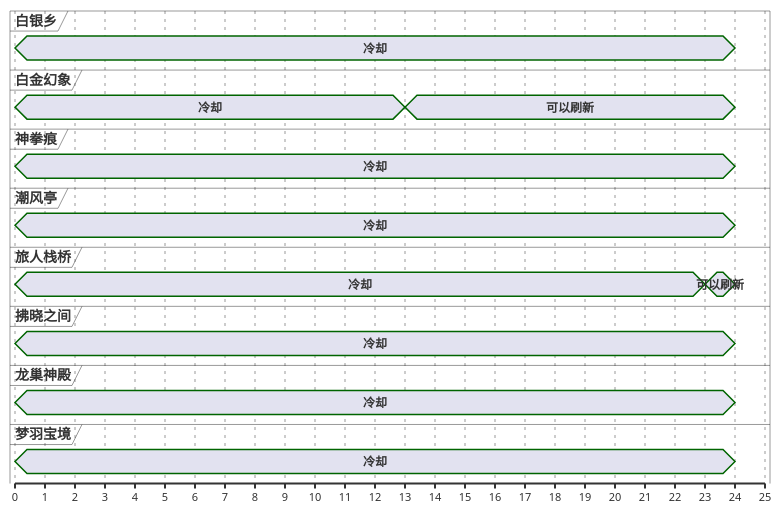
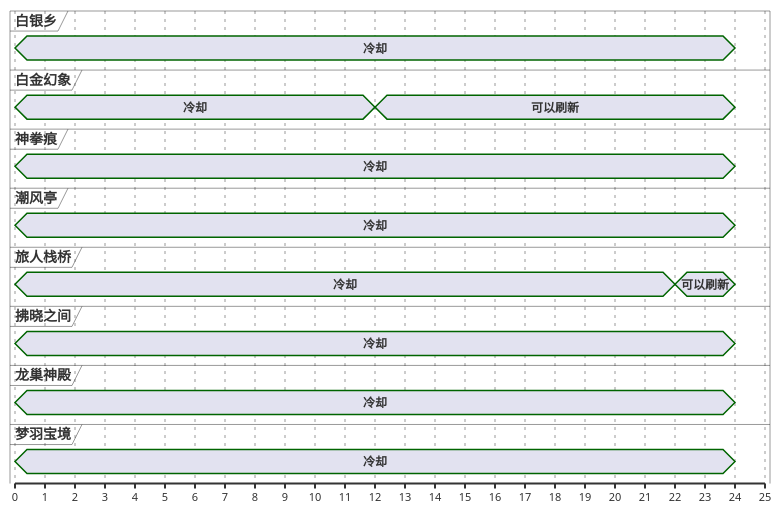
One commit to Eroleice/doc-pi changed the second of 13 diagrams in ffxiv/hunt/2.0/Safat.md. Above: the diagram before and after it, drawn with PlantUML. The commit also changed other lines of this file and 38 other files, not shown here.

````diff
--- a/ffxiv/hunt/2.0/Safat.md
+++ b/ffxiv/hunt/2.0/Safat.md
@@ -90,49 +90,49 @@
 ```plantuml
 @startuml
 scale 1 as 30 pixels
 
 concise 白银乡
 concise 白金幻象
 concise 神拳痕
 concise 潮风亭
 concise 旅人栈桥
 concise 拂晓之间
 concise 龙巢神殿
 concise 梦羽宝境
 
 @白金幻象
 0 is 冷却
-13 is 可以刷新
+12 is 可以刷新
 24 is {hidden}
 
 @神拳痕
 0 is 冷却
 24 is {hidden}
 
 @潮风亭
 0 is 冷却
 24 is {hidden}
 
 @龙巢神殿
 0 is 冷却
 24 is {hidden}
 
 @梦羽宝境
 0 is 冷却
 24 is {hidden}
 
 @白银乡
 0 is 冷却
 24 is {hidden}
 
 @拂晓之间
 0 is 冷却
 24 is {hidden}
 
 @旅人栈桥
 0 is 冷却
-23 is 可以刷新
+22 is 可以刷新
 24 is {hidden}
 
 @enduml
 ```
````
